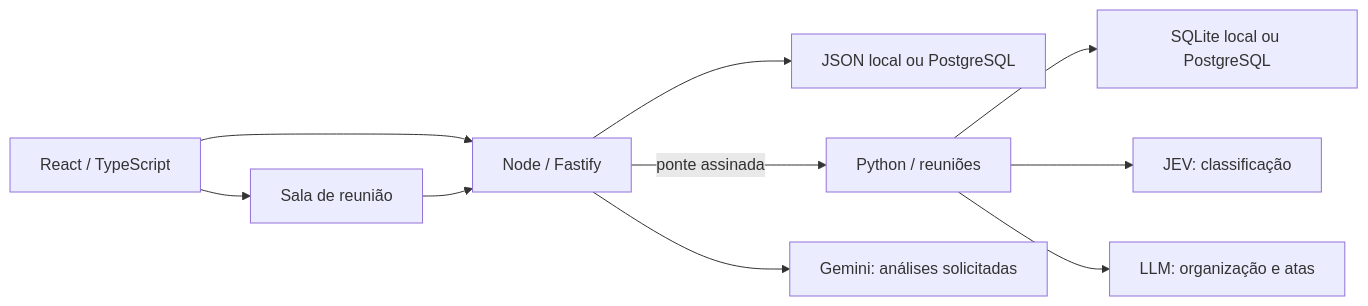
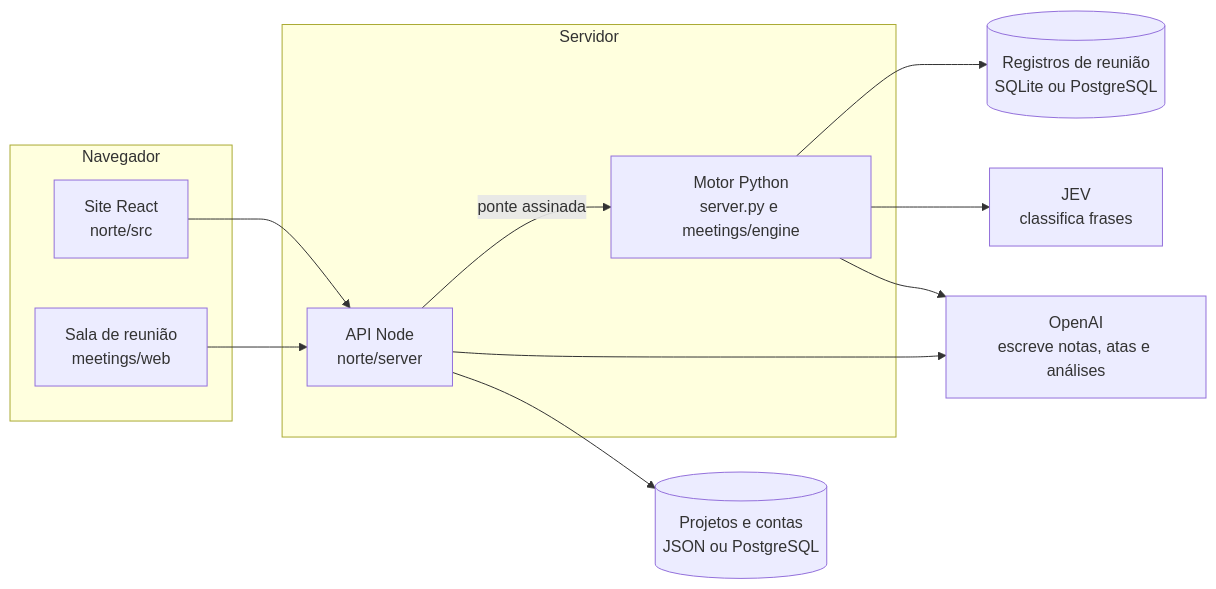
One commit to Raiagues/piloto changed the first of 8 diagrams in README.md. Above: the diagram before and after it, drawn with Mermaid. The commit also changed other lines of this file and 470 other files, not shown here.

````diff
--- a/README.md
+++ b/README.md
@@ -42,12 +60,24 @@
 ```mermaid
 flowchart LR
-  UI[React / TypeScript] --> API[Node / Fastify]
-  API --> DATA[JSON local ou PostgreSQL]
-  UI --> ROOM[Sala de reunião]
-  ROOM --> API
-  API -->|ponte assinada| MEET[Python / reuniões]
-  MEET --> MEM[SQLite local ou PostgreSQL]
-  MEET --> JEV[JEV: classificação]
-  MEET --> LLM[LLM: organização e atas]
-  API --> ASSIST[Gemini: análises solicitadas]
+  subgraph NAV[Navegador]
+    SITE[Site React<br>norte/src]
+    SALA[Sala de reunião<br>meetings/web]
+  end
+  subgraph SRV[Servidor]
+    NODE[API Node<br>norte/server]
+    PY[Motor Python<br>server.py e meetings/engine]
+  end
+  ESTADO[(Projetos e contas<br>JSON ou PostgreSQL)]
+  REGISTROS[(Registros de reunião<br>SQLite ou PostgreSQL)]
+  JEV[JEV<br>classifica frases]
+  OPENAI[OpenAI<br>escreve notas, atas e análises]
+
+  SITE --> NODE
+  SALA --> NODE
+  NODE --> ESTADO
+  NODE -->|ponte assinada| PY
+  PY --> REGISTROS
+  PY --> JEV
+  PY --> OPENAI
+  NODE --> OPENAI
 ```
````
